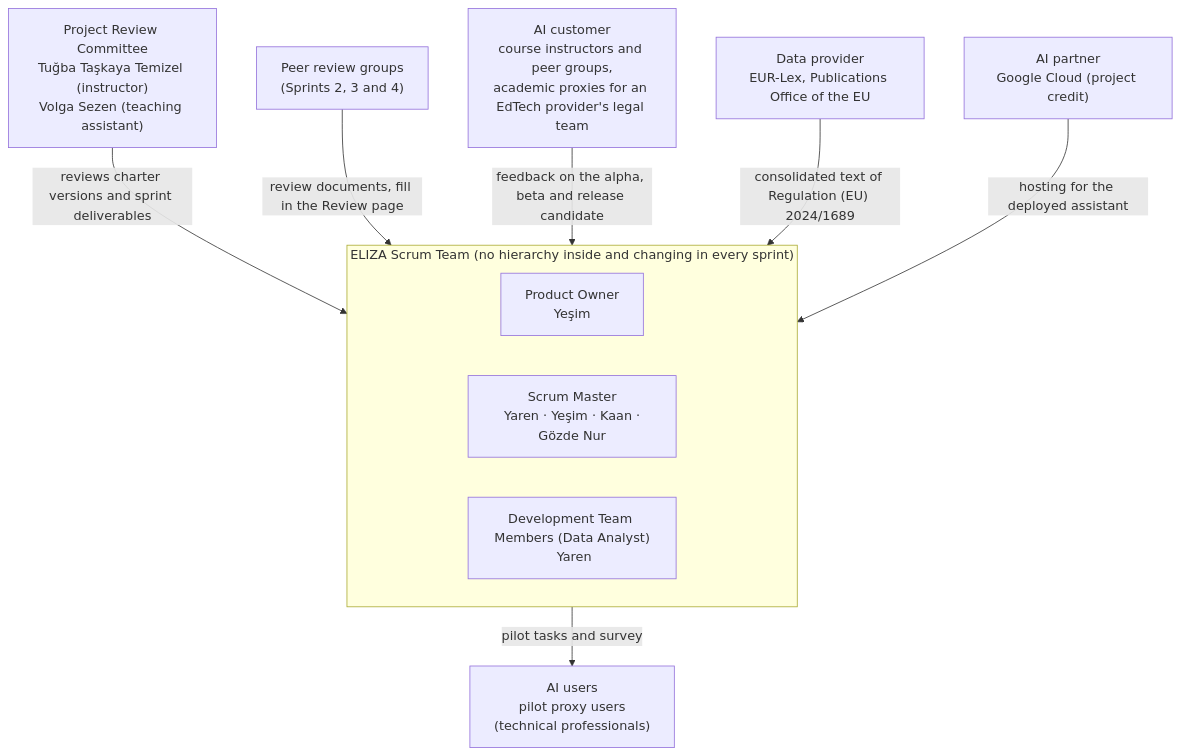
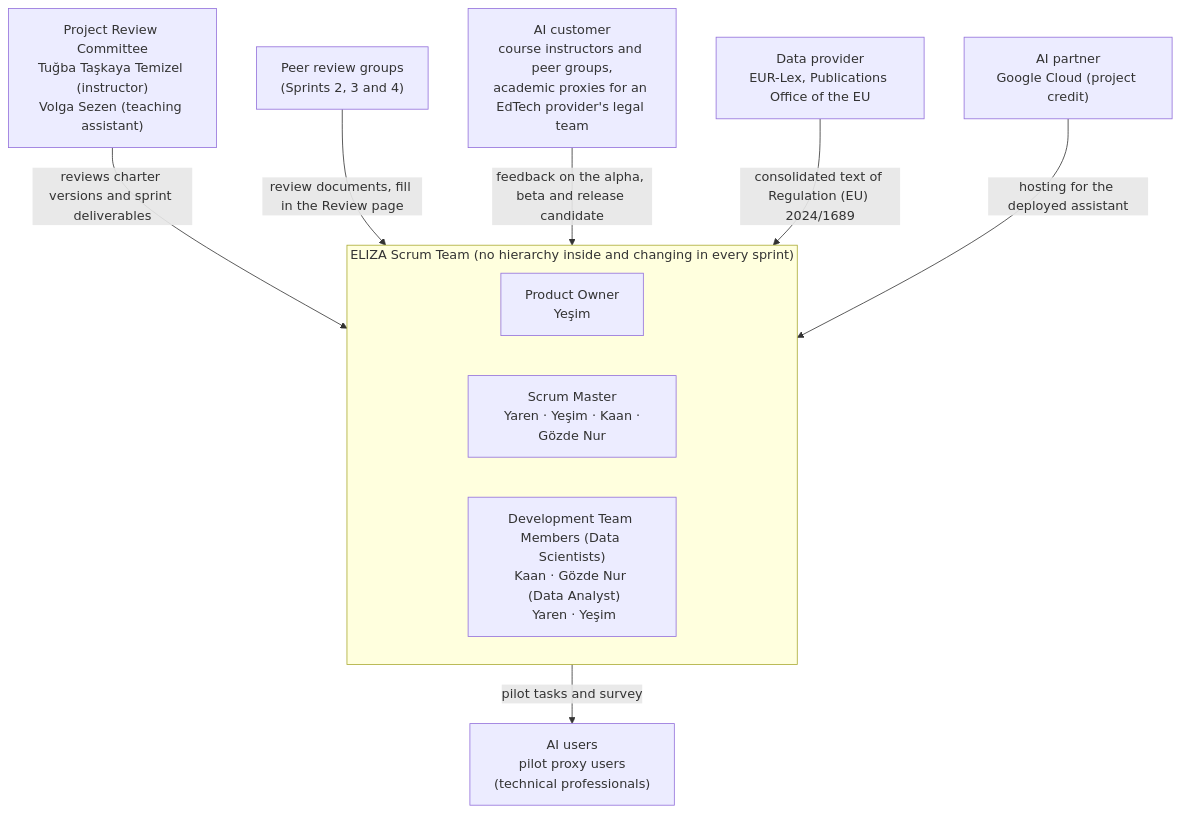
The diagram in Markdown Template/03-project-canvas/08-project-organization.md (ELIZA-DI502/ELIZA_DI502_ORGANIZATION), drawn with Mermaid before and after one commit.

````diff
--- a/Markdown Template/03-project-canvas/08-project-organization.md
+++ b/Markdown Template/03-project-canvas/08-project-organization.md
@@ -25,21 +25,20 @@
 ```mermaid
 flowchart TB
     PRC["Project Review Committee<br/>Tuğba Taşkaya Temizel (instructor)<br/>Volga Sezen (teaching assistant)"]
     PEER["Peer review groups<br/>(Sprints 2, 3 and 4)"]
     subgraph TEAM["ELIZA Scrum Team (no hierarchy inside and changing in every sprint)"]
         PO["Product Owner<br/>Yeşim "]
         SM["Scrum Master<br/> Yaren · Yeşim · Kaan · Gözde Nur "]
-        DS["Development Team Members (Data Scientists)<br/>Kaan · Gözde Nur "]
-        DS["Development Team Members (Data Analyst)<br/> Yaren "]
+        DS["Development Team Members (Data Scientists)<br/>Kaan · Gözde Nur <br/> (Data Analyst)<br/> Yaren · Yeşim "]
     end
     CUST["AI customer<br/>course instructors and peer groups,<br/>academic proxies for an EdTech provider's legal team"]
     USERS["AI users<br/>pilot proxy users<br/>(technical professionals)"]
     DATA["Data provider<br/>EUR-Lex, Publications Office of the EU"]
     PART["AI partner<br/>Google Cloud (project credit)"]
     PRC -- "reviews charter versions and sprint deliverables" --> TEAM
     PEER -- "review documents, fill in the Review page" --> TEAM
     CUST -- "feedback on the alpha, beta and release candidate" --> TEAM
     TEAM -- "pilot tasks and survey" --> USERS
     DATA -- "consolidated text of Regulation (EU) 2024/1689" --> TEAM
     PART -- "hosting for the deployed assistant" --> TEAM
 ```
````
